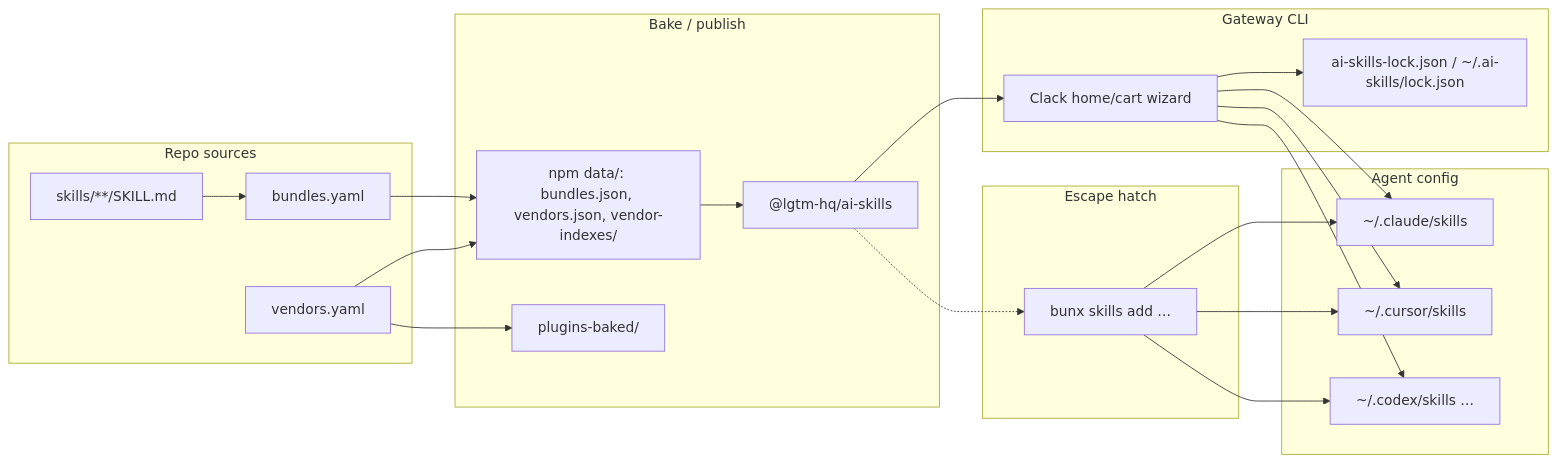
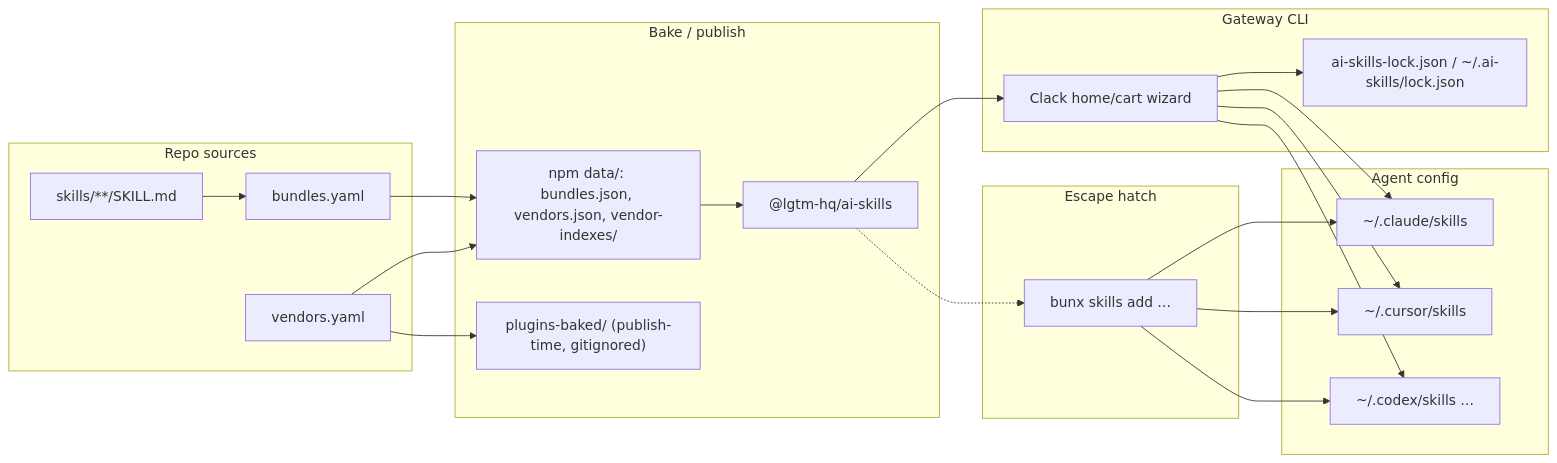
The diagram in CONTRIBUTING.md (lgtm-hq/ai-skills), drawn with Mermaid before and after one commit. The commit also changed other lines of this file and 19 other files, not shown here.

Commit message:
refactor(vendors): bake vendor plugins at publish time (#423)

````diff
--- a/CONTRIBUTING.md
+++ b/CONTRIBUTING.md
@@ -232,39 +237,39 @@
 ```mermaid
 flowchart LR
   subgraph sources [Repo sources]
     SK["skills/**/SKILL.md"]
     BY["bundles.yaml"]
     VY["vendors.yaml"]
   end
   subgraph bake [Bake / publish]
     DATA["npm data/: bundles.json, vendors.json, vendor-indexes/"]
-    BAKED["plugins-baked/"]
+    BAKED["plugins-baked/ (publish-time, gitignored)"]
     PKG["@lgtm-hq/ai-skills"]
   end
   subgraph gateway [Gateway CLI]
     UI["Clack home/cart wizard"]
     LOCK["ai-skills-lock.json / ~/.ai-skills/lock.json"]
   end
   subgraph escape [Escape hatch]
     add["bunx skills add …"]
   end
   subgraph dirs [Agent config]
     c["~/.claude/skills"]
     u["~/.cursor/skills"]
     x["~/.codex/skills …"]
   end
   SK --> BY
   BY --> DATA
   VY --> DATA
   VY --> BAKED
   DATA --> PKG
   PKG --> UI
   UI --> LOCK
   UI --> c
   UI --> u
   UI --> x
   PKG -.-> add
   add --> c
   add --> u
   add --> x
 ```
````
